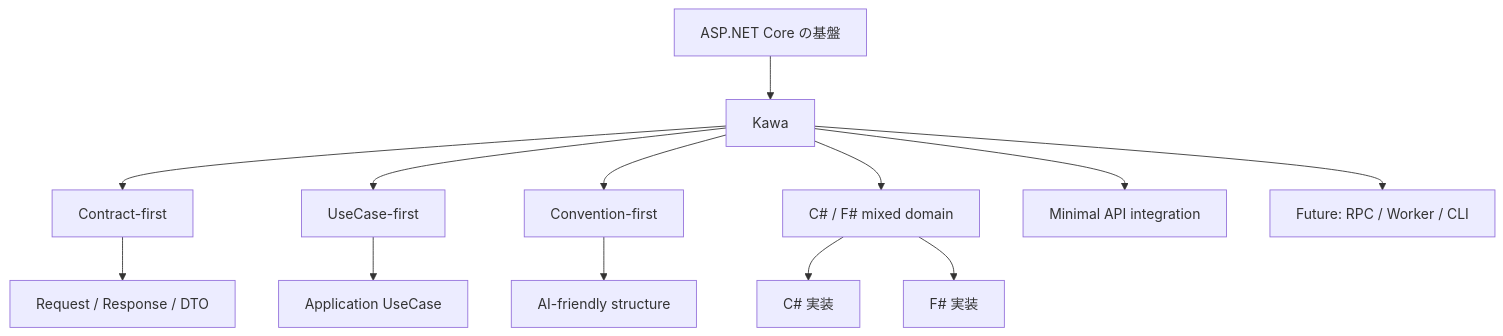
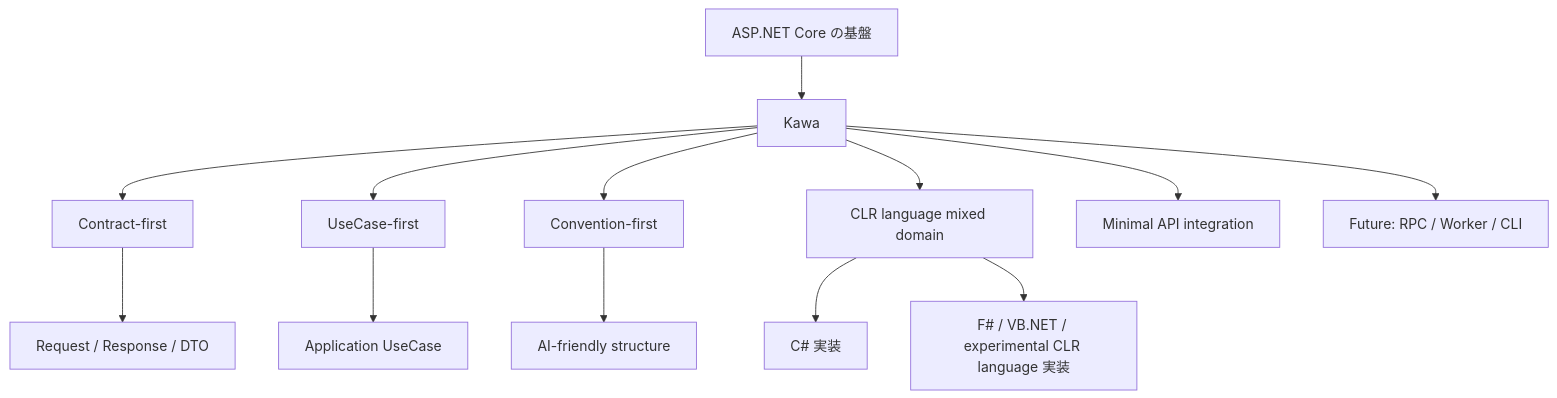
One commit to huideyeren/Kawa changed the first of 23 diagrams in docs/design-principles.ja.md. Above: the diagram before and after it, drawn with Mermaid. The commit also changed other lines of this file and 13 other files, not shown here.

````diff
--- a/docs/design-principles.ja.md
+++ b/docs/design-principles.ja.md
@@ -28,16 +28,16 @@
 ```mermaid
 flowchart TD
     A[ASP.NET Core の基盤] --> B[Kawa]
     B --> C[Contract-first]
     B --> D[UseCase-first]
     B --> L[Convention-first]
-    B --> E[C# / F# mixed domain]
+    B --> E[CLR language mixed domain]
     B --> F[Minimal API integration]
     B --> G[Future: RPC / Worker / CLI]
 
     C --> H[Request / Response / DTO]
     D --> I[Application UseCase]
     L --> M[AI-friendly structure]
     E --> J[C# 実装]
-    E --> K[F# 実装]
+    E --> K[F# / VB.NET / experimental CLR language 実装]
 ```
````
